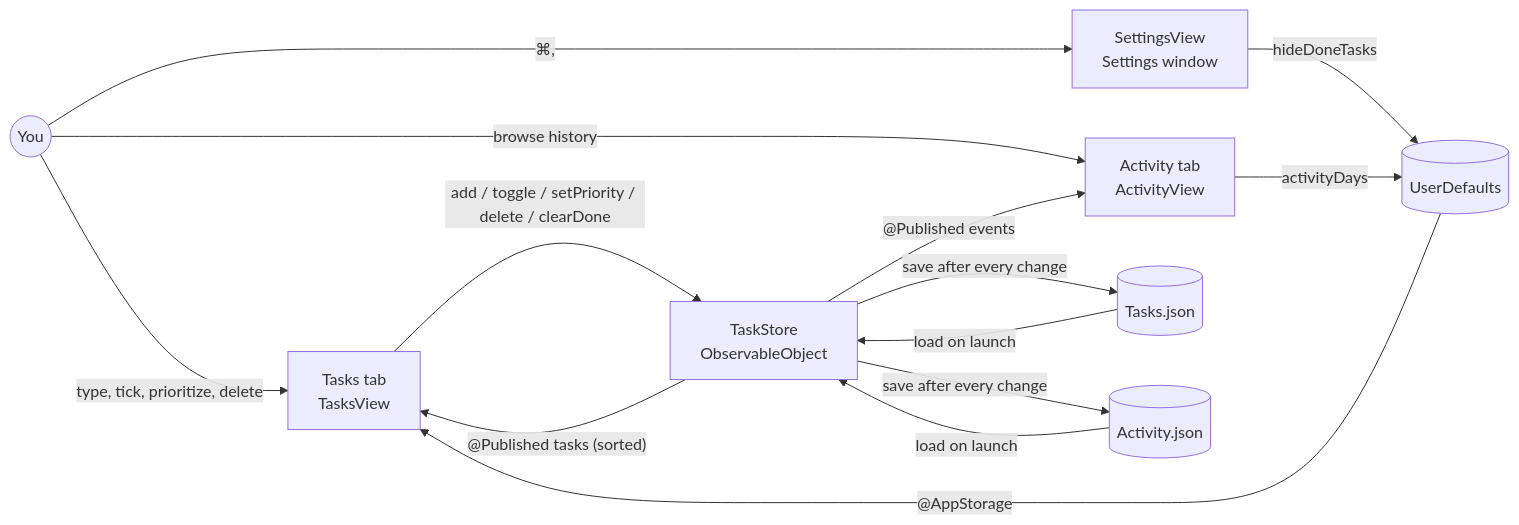
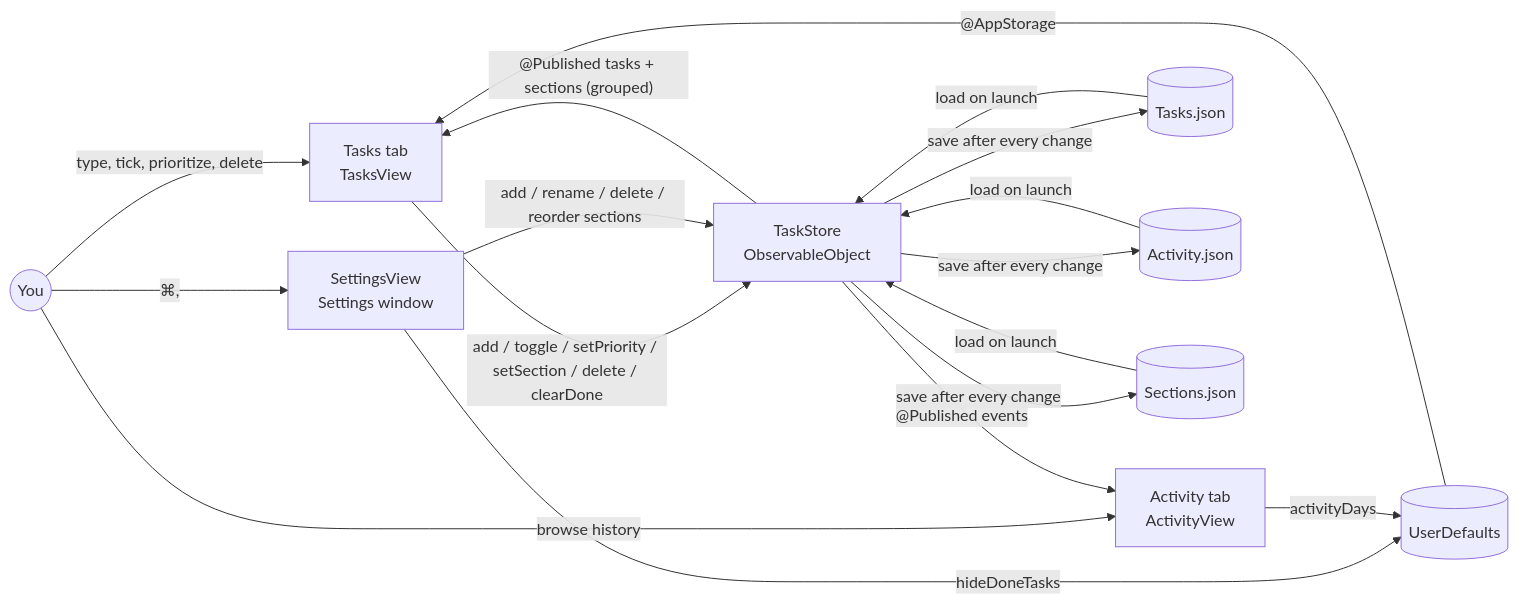
The diagram in docs/SYSTEM-DESIGN.md (amalmehta/SuperSimpleTodo), drawn with Mermaid before and after one commit. The commit also changed other lines of this file and 8 other files, not shown here.

````diff
--- a/docs/SYSTEM-DESIGN.md
+++ b/docs/SYSTEM-DESIGN.md
@@ -7,15 +7,17 @@
 ```mermaid
 flowchart LR
     User((You)) -->|type, tick, prioritize, delete| TV[Tasks tab<br/>TasksView]
     User -->|browse history| AV[Activity tab<br/>ActivityView]
     User -->|⌘,| SV[SettingsView<br/>Settings window]
-    TV -->|add / toggle / setPriority / delete / clearDone| TS[TaskStore<br/>ObservableObject]
-    TS -->|"@Published tasks (sorted)"| TV
+    TV -->|add / toggle / setPriority / setSection / delete / clearDone| TS[TaskStore<br/>ObservableObject]
+    SV -->|add / rename / delete / reorder sections| TS
+    TS -->|"@Published tasks + sections (grouped)"| TV
     TS -->|"@Published events"| AV
     TS -->|save after every change| TJ[(Tasks.json)]
     TS -->|save after every change| AJ[(Activity.json)]
-    TJ & AJ -->|load on launch| TS
+    TS -->|save after every change| SJ[(Sections.json)]
+    TJ & AJ & SJ -->|load on launch| TS
     SV -->|hideDoneTasks| UD[(UserDefaults)]
     AV -->|activityDays| UD
     UD -->|"@AppStorage"| TV
 ```
````
